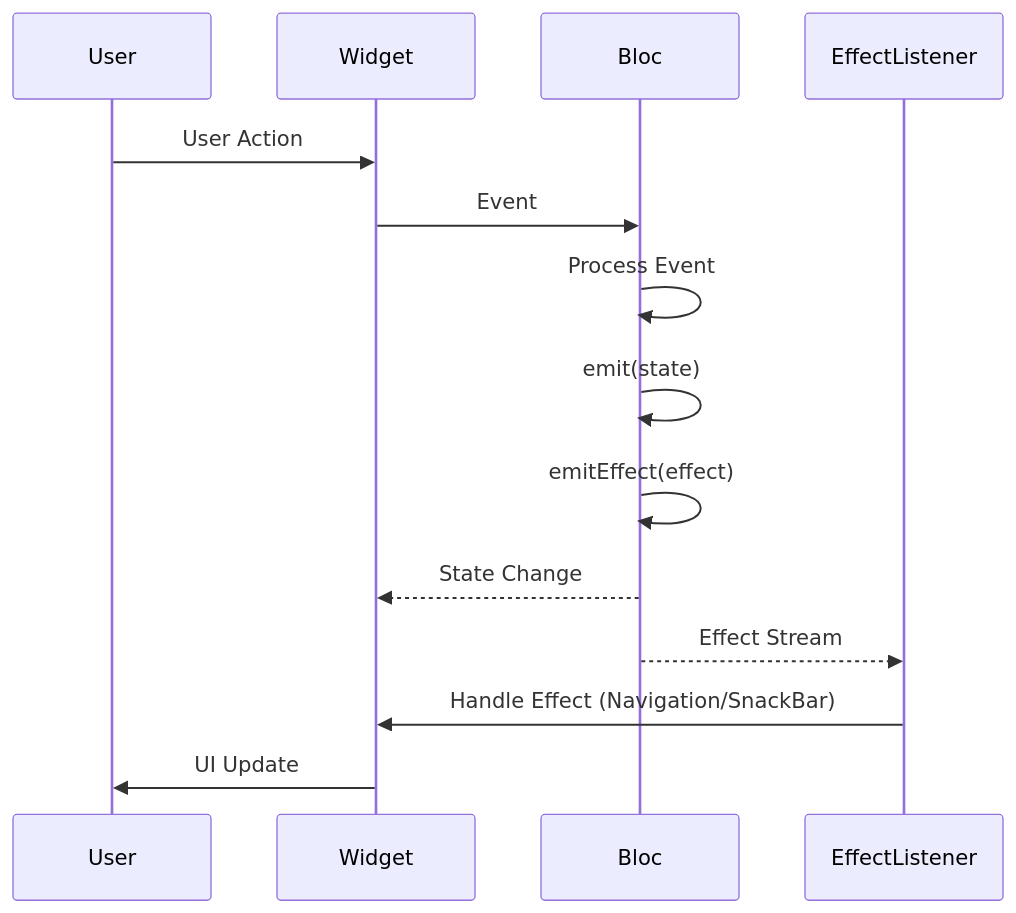
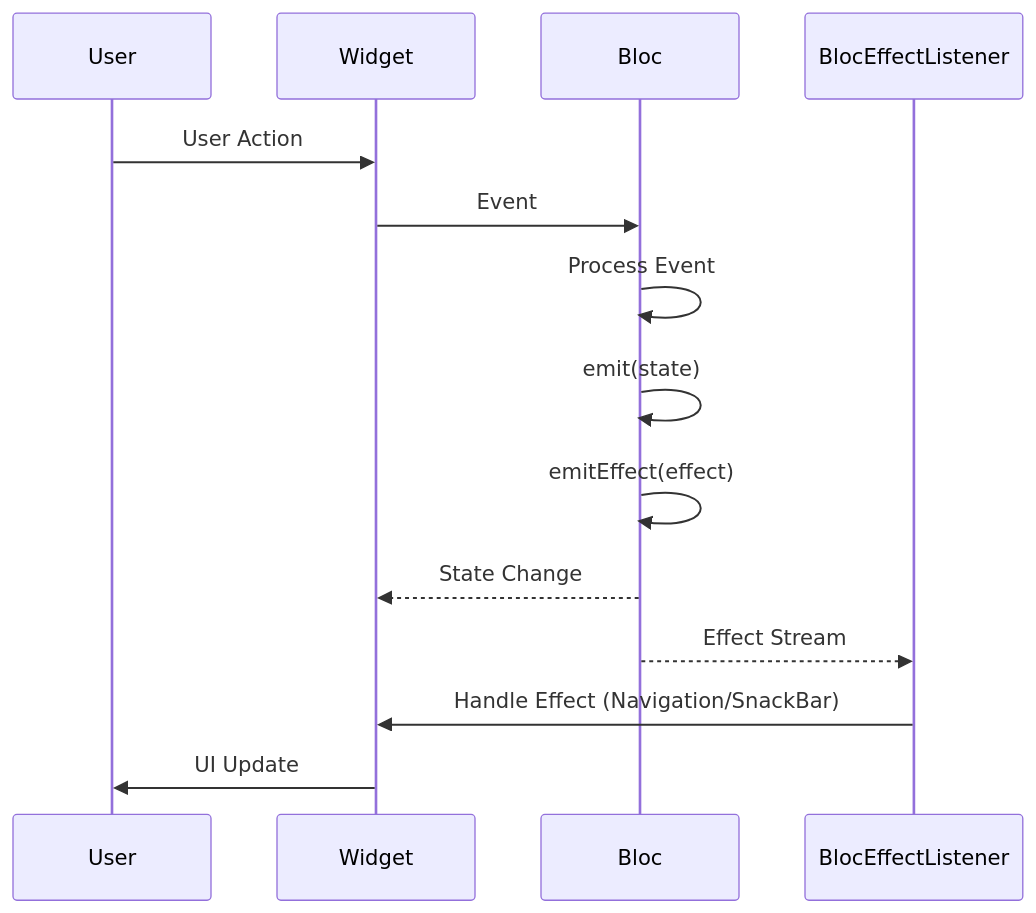
The third of 3 diagrams in docs/bloc_plus_PRD.md (ephmoc/bloc_plus), drawn with Mermaid before and after one commit. The commit also changed other lines of this file and 55 other files, not shown here.

````diff
--- a/docs/bloc_plus_PRD.md
+++ b/docs/bloc_plus_PRD.md
@@ -233,17 +259,17 @@
 ```mermaid
 sequenceDiagram
     participant User
     participant Widget
     participant Bloc
-    participant EffectListener
+    participant BlocEffectListener
     
     User->>Widget: User Action
     Widget->>Bloc: Event
     Bloc->>Bloc: Process Event
     Bloc->>Bloc: emit(state)
     Bloc->>Bloc: emitEffect(effect)
     Bloc-->>Widget: State Change
-    Bloc-->>EffectListener: Effect Stream
-    EffectListener->>Widget: Handle Effect (Navigation/SnackBar)
+    Bloc-->>BlocEffectListener: Effect Stream
+    BlocEffectListener->>Widget: Handle Effect (Navigation/SnackBar)
     Widget->>User: UI Update
 ```
````
